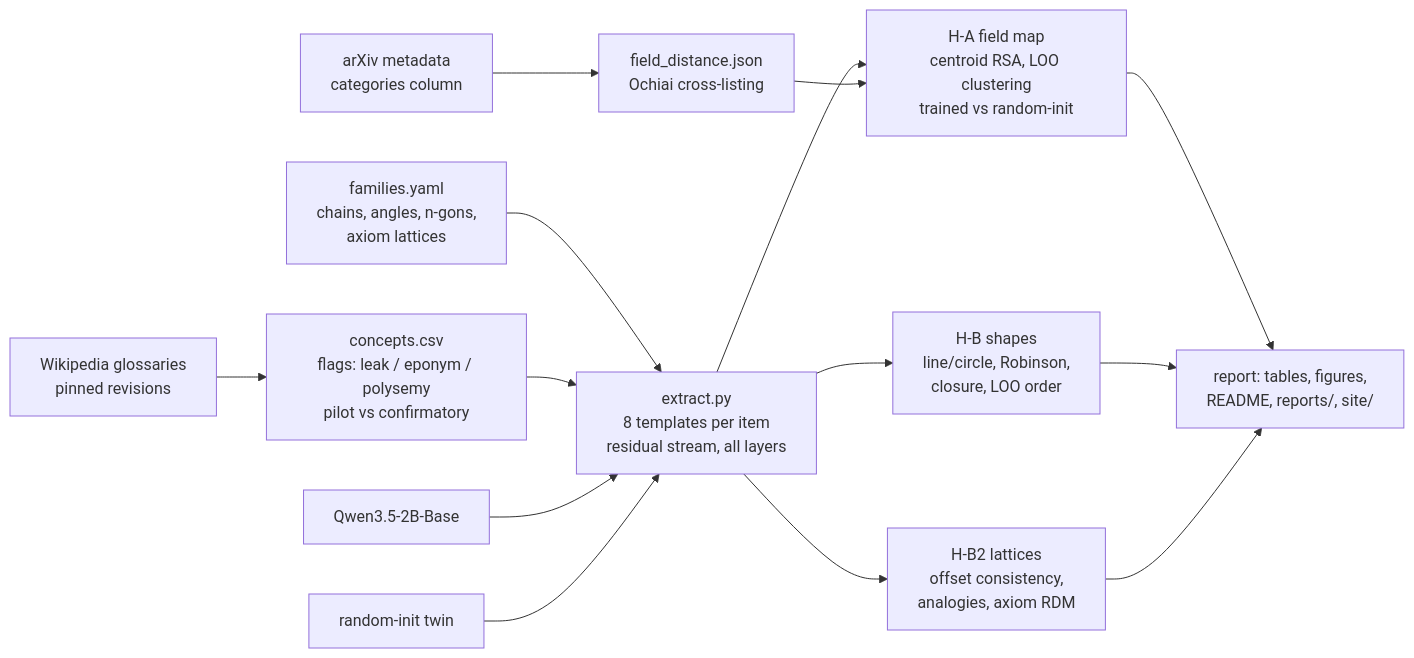
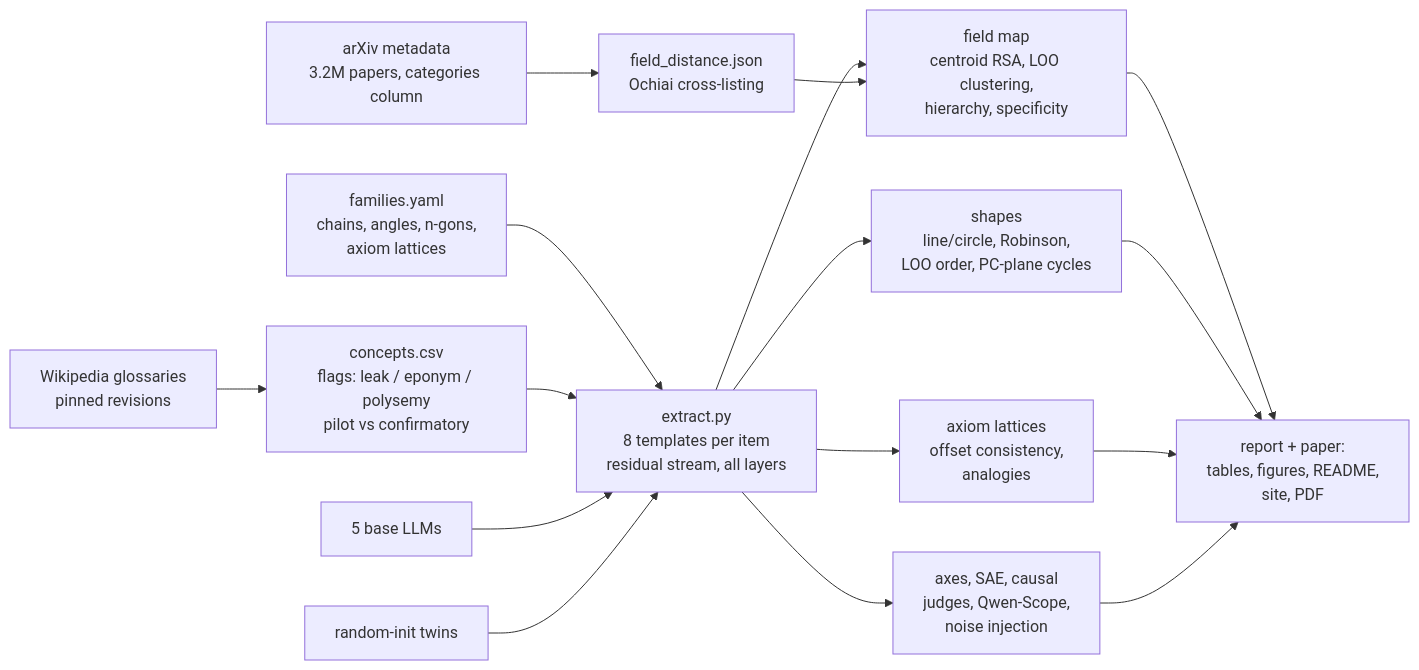
The diagram in README.md (BurnyCoder/geometry-of-representations-of-mathematics-in-llms), drawn with Mermaid before and after one commit. The commit also changed other lines of this file and 26 other files, not shown here.

First line of the commit message:
Generated reports, summary, paper (md+pdf), README results block and explorer data

````diff
--- a/README.md
+++ b/README.md
@@ -93,14 +83,15 @@
 ```mermaid
 flowchart LR
   W[Wikipedia glossaries<br/>pinned revisions] --> C[concepts.csv<br/>flags: leak / eponym / polysemy<br/>pilot vs confirmatory]
-  A[arXiv metadata<br/>categories column] --> D[field_distance.json<br/>Ochiai cross-listing]
+  A[arXiv metadata<br/>3.2M papers, categories column] --> D[field_distance.json<br/>Ochiai cross-listing]
   F[families.yaml<br/>chains, angles, n-gons,<br/>axiom lattices] --> X
   C --> X[extract.py<br/>8 templates per item<br/>residual stream, all layers]
-  M[Qwen3.5-2B-Base] --> X
-  R[random-init twin] --> X
-  X --> H1[H-A field map<br/>centroid RSA, LOO clustering<br/>trained vs random-init]
+  M[5 base LLMs] --> X
+  R[random-init twins] --> X
+  X --> H1[field map<br/>centroid RSA, LOO clustering,<br/>hierarchy, specificity]
   D --> H1
-  X --> H2[H-B shapes<br/>line/circle, Robinson,<br/>closure, LOO order]
-  X --> H3[H-B2 lattices<br/>offset consistency,<br/>analogies, axiom RDM]
-  H1 & H2 & H3 --> REP[report: tables, figures,<br/>README, reports/, site/]
+  X --> H2[shapes<br/>line/circle, Robinson,<br/>LOO order, PC-plane cycles]
+  X --> H3[axiom lattices<br/>offset consistency,<br/>analogies]
+  X --> H4[axes, SAE, causal<br/>judges, Qwen-Scope,<br/>noise injection]
+  H1 & H2 & H3 & H4 --> REP[report + paper:<br/>tables, figures, README,<br/>site, PDF]
 ```
````
